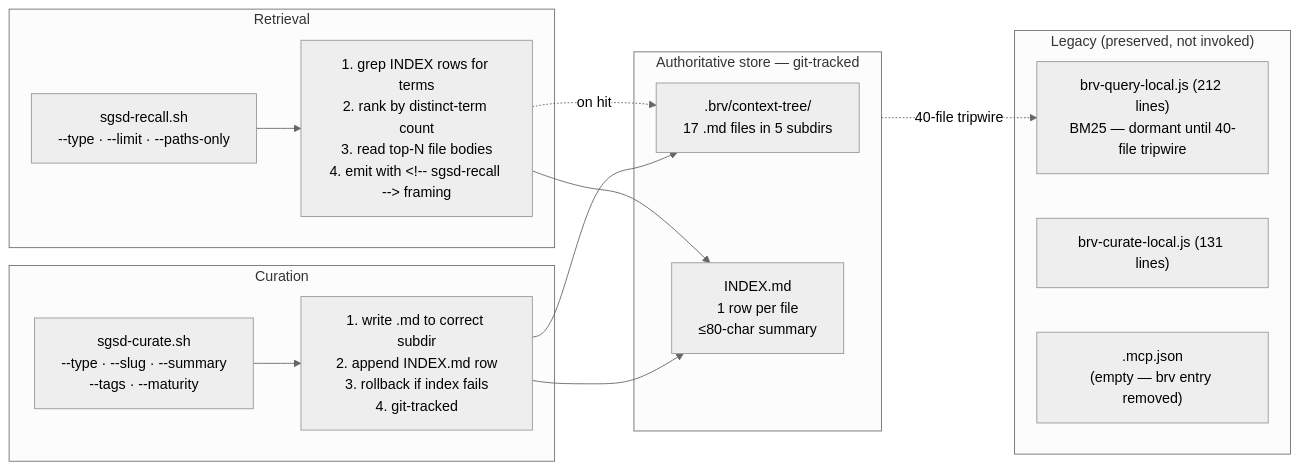
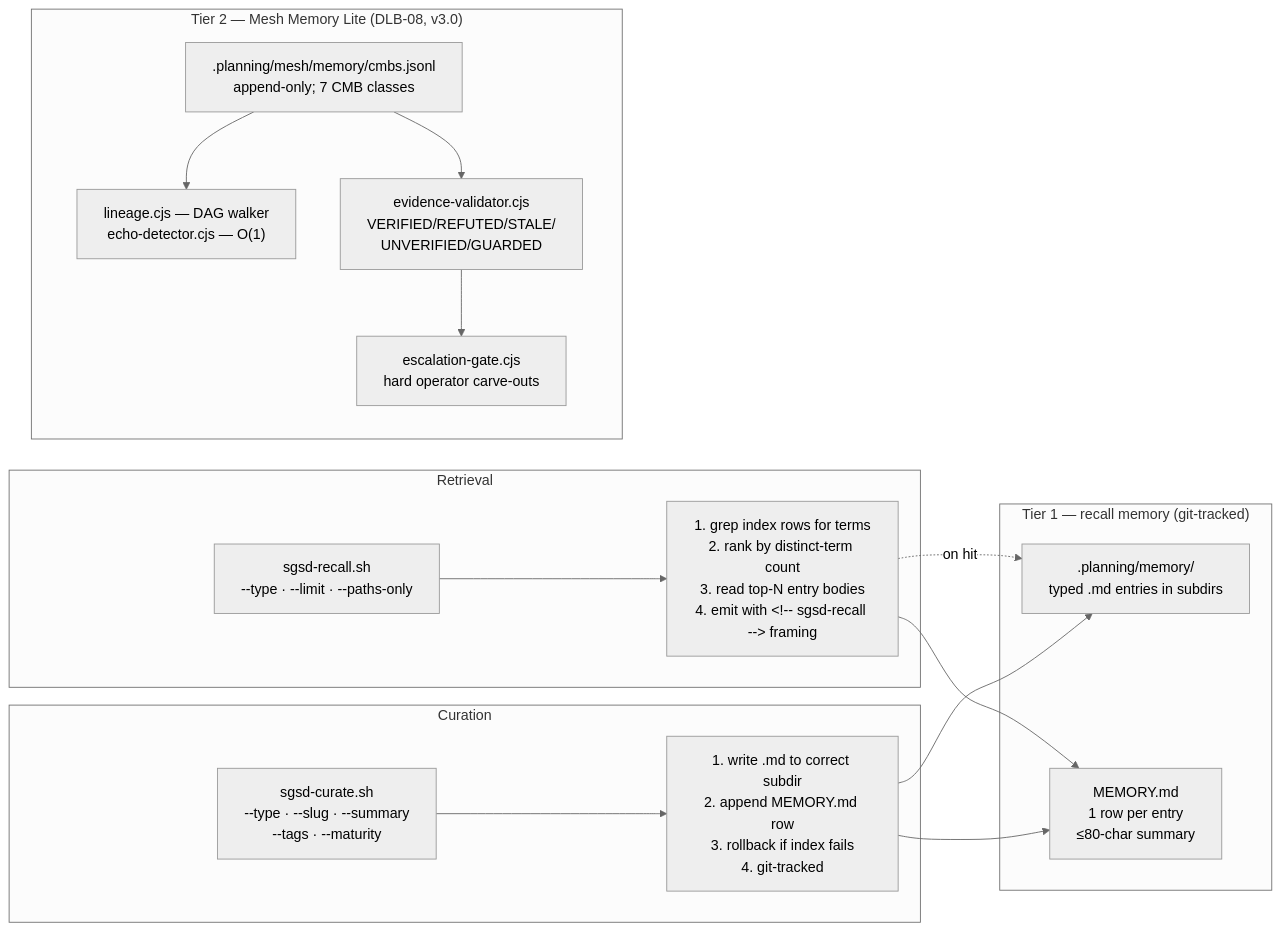
One commit to Berrowj/super-gsd changed the third of 6 diagrams in super-gsd/docs/ARCHITECTURE.md. Above: the diagram before and after it, drawn with Mermaid (neutral theme). The commit also changed other lines of this file and 11 other files, not shown here.

First line of the commit message:
docs: sync architecture & overview docs to v3.2

````diff
--- a/super-gsd/docs/ARCHITECTURE.md
+++ b/super-gsd/docs/ARCHITECTURE.md
@@ -107,28 +120,30 @@
 ```mermaid
 flowchart LR
-    subgraph source["Authoritative store — git-tracked"]
-        tree[".brv/context-tree/<br/>17 .md files in 5 subdirs"]
-        idx["INDEX.md<br/>1 row per file<br/>≤80-char summary"]
+    subgraph source["Tier 1 — recall memory (git-tracked)"]
+        tree[".planning/memory/<br/>typed .md entries in subdirs"]
+        idx["MEMORY.md<br/>1 row per entry<br/>≤80-char summary"]
     end
 
     subgraph reader["Retrieval"]
         recall["sgsd-recall.sh<br/>--type · --limit · --paths-only"]
-        alg["1. grep INDEX rows for terms<br/>2. rank by distinct-term count<br/>3. read top-N file bodies<br/>4. emit with &lt;!-- sgsd-recall --&gt; framing"]
+        alg["1. grep index rows for terms<br/>2. rank by distinct-term count<br/>3. read top-N entry bodies<br/>4. emit with &lt;!-- sgsd-recall --&gt; framing"]
     end
 
     subgraph writer["Curation"]
         curate["sgsd-curate.sh<br/>--type · --slug · --summary<br/>--tags · --maturity"]
-        atomic["1. write .md to correct subdir<br/>2. append INDEX.md row<br/>3. rollback if index fails<br/>4. git-tracked"]
+        atomic["1. write .md to correct subdir<br/>2. append MEMORY.md row<br/>3. rollback if index fails<br/>4. git-tracked"]
     end
 
-    subgraph dead["Legacy (preserved, not invoked)"]
-        brvq["brv-query-local.js (212 lines)<br/>BM25 — dormant until 40-file tripwire"]
-        brvc["brv-curate-local.js (131 lines)"]
-        mcp[".mcp.json<br/>(empty — brv entry removed)"]
+    subgraph meshT["Tier 2 — Mesh Memory Lite (DLB-08, v3.0)"]
+        ledger[".planning/mesh/memory/cmbs.jsonl<br/>append-only; 7 CMB classes"]
+        lineage["lineage.cjs — DAG walker<br/>echo-detector.cjs — O(1)"]
+        evval["evidence-validator.cjs<br/>VERIFIED/REFUTED/STALE/<br/>UNVERIFIED/GUARDED"]
+        esc["escalation-gate.cjs<br/>hard operator carve-outs"]
     end
 
     recall --> alg --> idx
     alg -.on hit.-> tree
     curate --> atomic --> tree & idx
-    source -.40-file tripwire.-> brvq
+    ledger --> lineage & evval
+    evval --> esc
 ```
````
